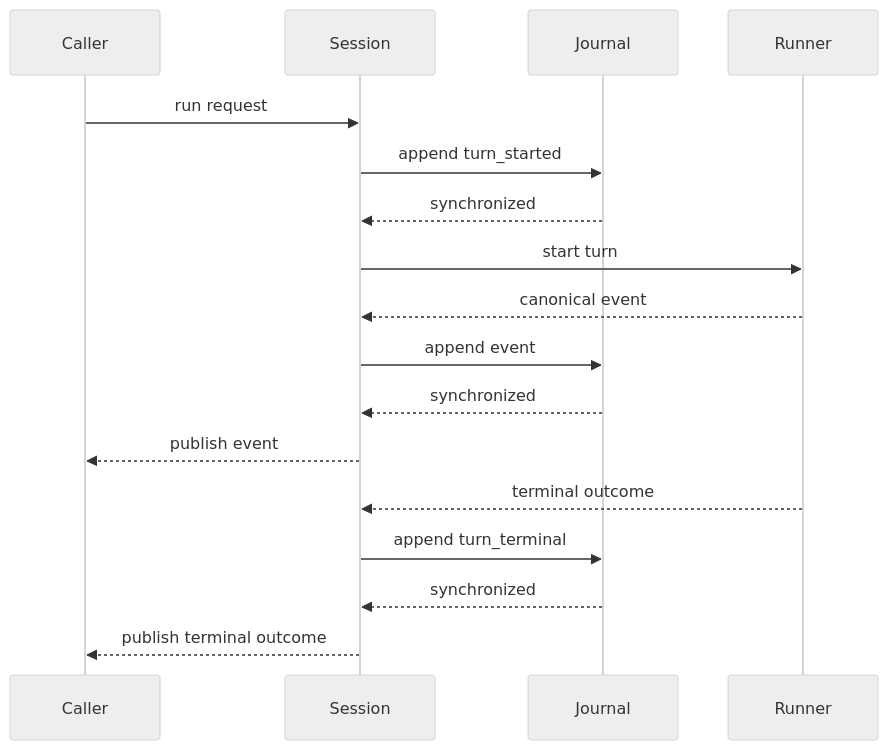
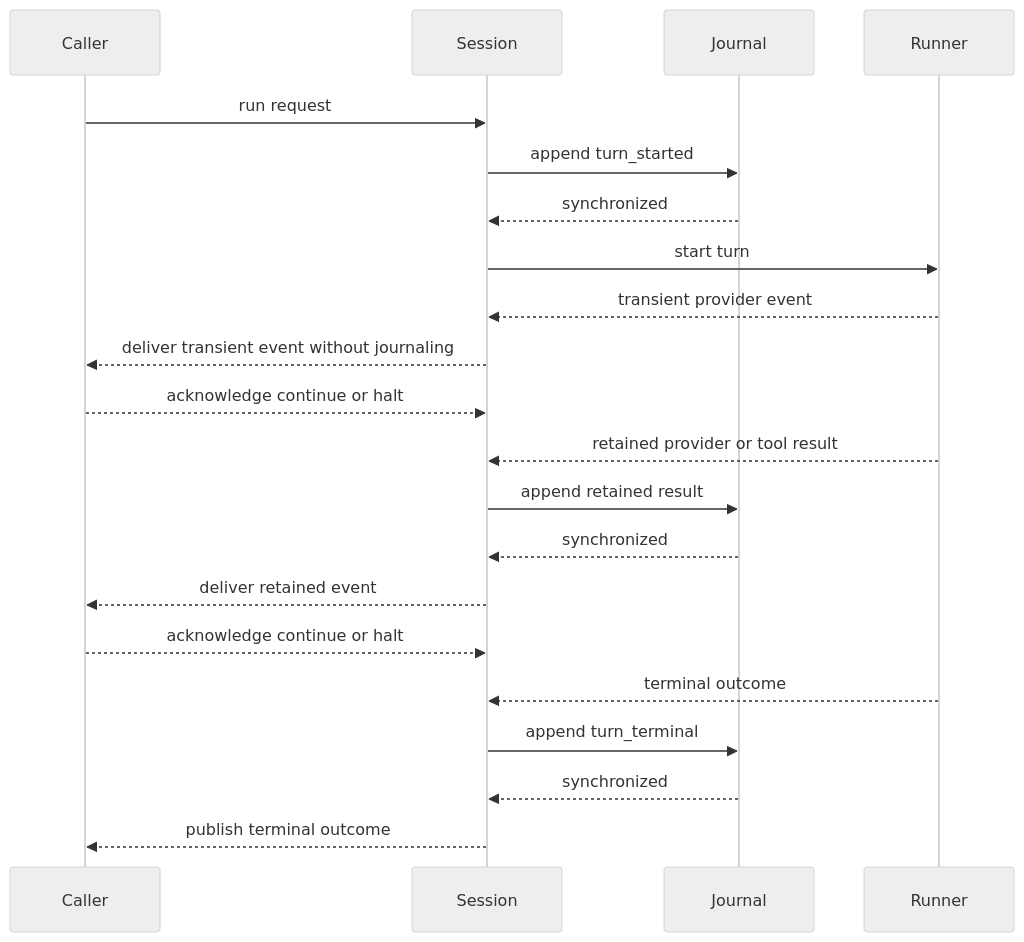
One commit to ccarvalho-eng/draught changed the diagram in docs/session-journals.md. Above: the diagram before and after it, drawn with Mermaid (neutral theme). The commit also changed other lines of this file and 61 other files, not shown here.

````diff
--- a/docs/session-journals.md
+++ b/docs/session-journals.md
@@ -21,20 +21,24 @@
 ```mermaid
 sequenceDiagram
   participant Caller
   participant Session
   participant Journal
   participant Runner
 
   Caller->>Session: run request
   Session->>Journal: append turn_started
   Journal-->>Session: synchronized
   Session->>Runner: start turn
-  Runner-->>Session: canonical event
-  Session->>Journal: append event
+  Runner-->>Session: transient provider event
+  Session-->>Caller: deliver transient event without journaling
+  Caller-->>Session: acknowledge continue or halt
+  Runner-->>Session: retained provider or tool result
+  Session->>Journal: append retained result
   Journal-->>Session: synchronized
-  Session-->>Caller: publish event
+  Session-->>Caller: deliver retained event
+  Caller-->>Session: acknowledge continue or halt
   Runner-->>Session: terminal outcome
   Session->>Journal: append turn_terminal
   Journal-->>Session: synchronized
   Session-->>Caller: publish terminal outcome
 ```
````
